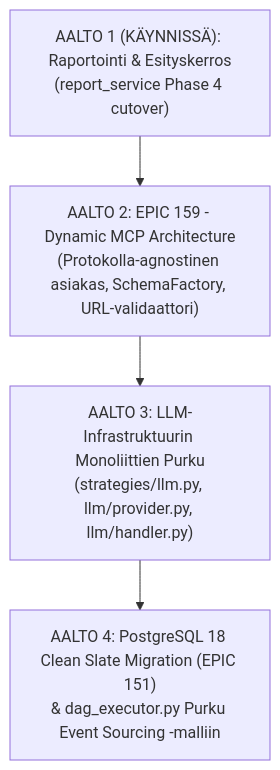
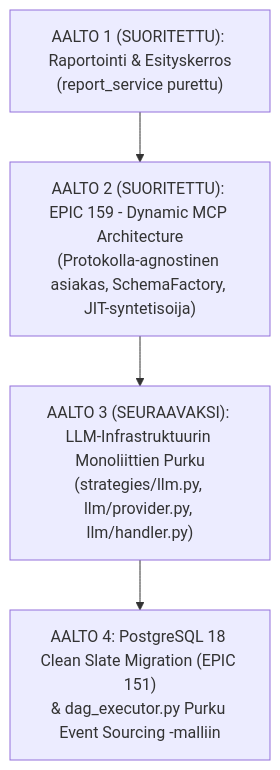
Before and after one commit to launis/quorum: the diagram in docs/koodikannan_purku_ja_migraatiojarjestys.md, drawn with Mermaid. The commit also changed other lines of this file and 4 other files, not shown here.

Commit message:
docs(architecture): sync as-built jit mcp argument synthesis and studio params

````diff
--- a/docs/koodikannan_purku_ja_migraatiojarjestys.md
+++ b/docs/koodikannan_purku_ja_migraatiojarjestys.md
@@ -59,6 +60,6 @@
 ```mermaid
 flowchart TD
-    W1["AALTO 1 (KÄYNNISSÄ): Raportointi & Esityskerros\n(report_service Phase 4 cutover)"] --> W2["AALTO 2: EPIC 159 - Dynamic MCP Architecture\n(Protokolla-agnostinen asiakas, SchemaFactory, URL-validaattori)"]
-    W2 --> W3["AALTO 3: LLM-Infrastruktuurin Monoliittien Purku\n(strategies/llm.py, llm/provider.py, llm/handler.py)"]
+    W1["AALTO 1 (SUORITETTU): Raportointi & Esityskerros\n(report_service purettu)"] --> W2["AALTO 2 (SUORITETTU): EPIC 159 - Dynamic MCP Architecture\n(Protokolla-agnostinen asiakas, SchemaFactory, JIT-syntetisoija)"]
+    W2 --> W3["AALTO 3 (SEURAAVAKSI): LLM-Infrastruktuurin Monoliittien Purku\n(strategies/llm.py, llm/provider.py, llm/handler.py)"]
     W3 --> W4["AALTO 4: PostgreSQL 18 Clean Slate Migration (EPIC 151)\n& dag_executor.py Purku Event Sourcing -malliin"]
 ```
````
